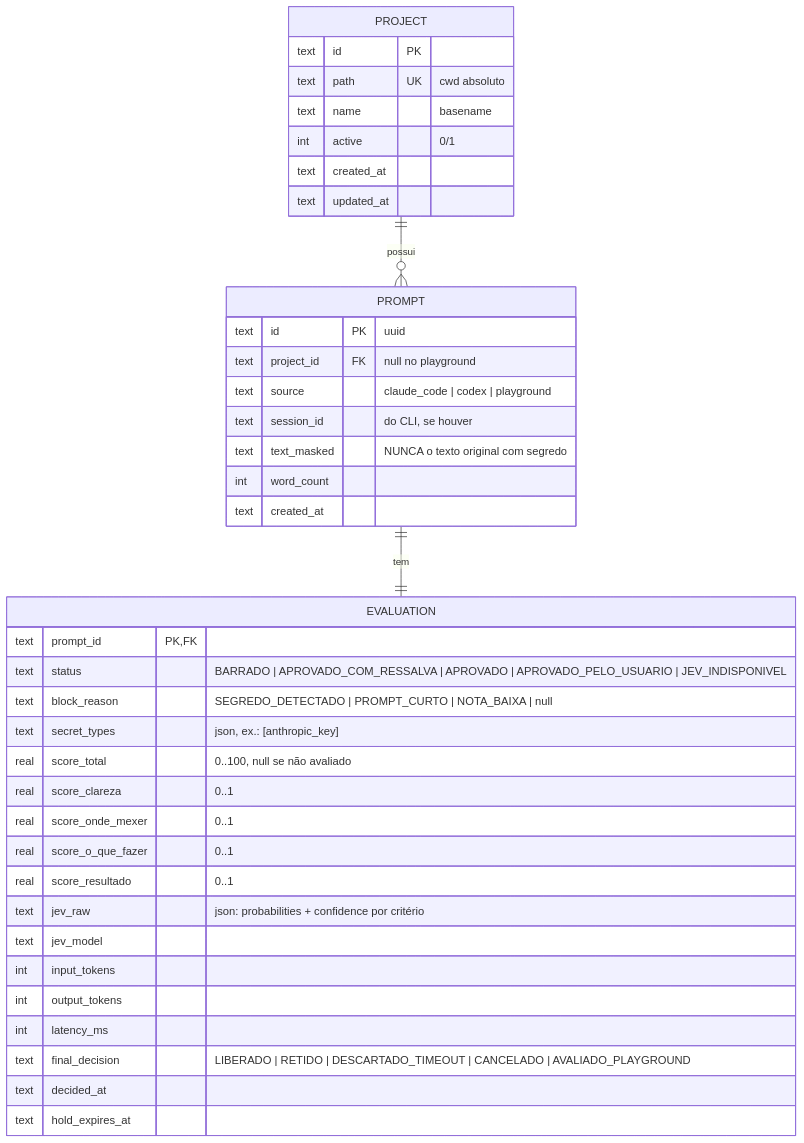
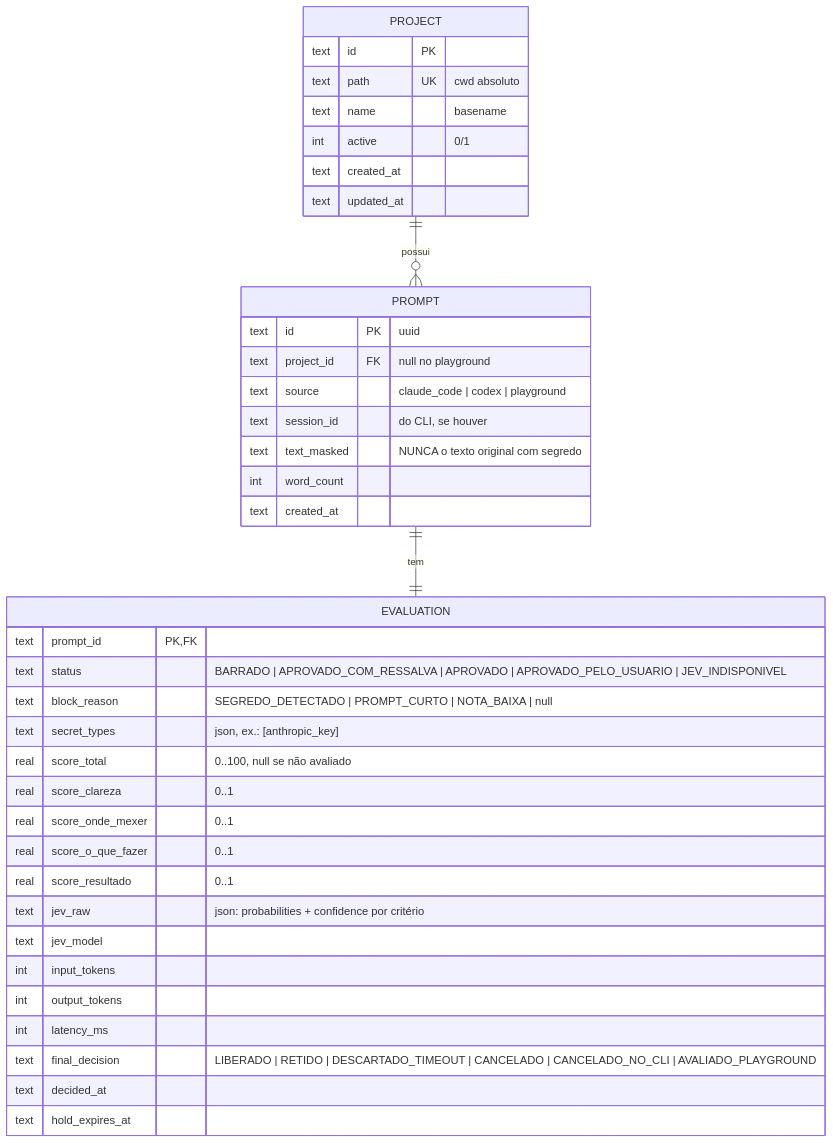
The diagram in vault/03_ARCHITECTURE/DATA_MODEL.md (daniilooo/guardIAn), drawn with Mermaid before and after one commit. The commit also changed 14 other files, not shown here.

````diff
--- a/vault/03_ARCHITECTURE/DATA_MODEL.md
+++ b/vault/03_ARCHITECTURE/DATA_MODEL.md
@@ -3,41 +3,41 @@
 ```mermaid
 erDiagram
   PROJECT ||--o{ PROMPT : possui
   PROMPT ||--|| EVALUATION : tem
   PROJECT {
     text id PK
     text path UK "cwd absoluto"
     text name "basename"
     int active "0/1"
     text created_at
     text updated_at
   }
   PROMPT {
     text id PK "uuid"
     text project_id FK "null no playground"
     text source "claude_code | codex | playground"
     text session_id "do CLI, se houver"
     text text_masked "NUNCA o texto original com segredo"
     int word_count
     text created_at
   }
   EVALUATION {
     text prompt_id PK,FK
     text status "BARRADO | APROVADO_COM_RESSALVA | APROVADO | APROVADO_PELO_USUARIO | JEV_INDISPONIVEL"
     text block_reason "SEGREDO_DETECTADO | PROMPT_CURTO | NOTA_BAIXA | null"
     text secret_types "json, ex.: [anthropic_key]"
     real score_total "0..100, null se não avaliado"
     real score_clareza "0..1"
     real score_onde_mexer "0..1"
     real score_o_que_fazer "0..1"
     real score_resultado "0..1"
     text jev_raw "json: probabilities + confidence por critério"
     text jev_model
     int input_tokens
     int output_tokens
     int latency_ms
-    text final_decision "LIBERADO | RETIDO | DESCARTADO_TIMEOUT | CANCELADO | AVALIADO_PLAYGROUND"
+    text final_decision "LIBERADO | RETIDO | DESCARTADO_TIMEOUT | CANCELADO | CANCELADO_NO_CLI | AVALIADO_PLAYGROUND"
     text decided_at
     text hold_expires_at
   }
 ```
````
